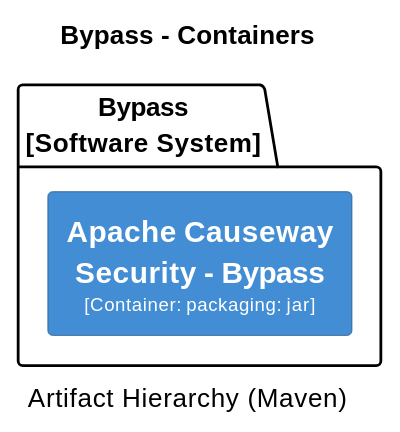
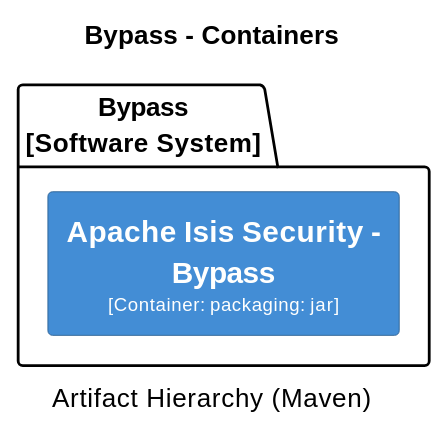
Before and after one commit to Supermajestcd/XMP--toolkits: diagram 11 of 32 in core/adoc/modules/_overview/pages/about.adoc, drawn with PlantUML. The commit also changed other lines of this file and 13571 other files, not shown here.

```diff
--- a/core/adoc/modules/_overview/pages/about.adoc
+++ b/core/adoc/modules/_overview/pages/about.adoc
@@ -2231,25 +2419,25 @@
 [plantuml,Bypass,svg]
 ----
 @startuml(id=Bypass)
 title Bypass - Containers
 caption Artifact Hierarchy (Maven)
 
 skinparam {
   shadowing false
   arrowFontSize 10
   defaultTextAlignment center
   wrapWidth 200
   maxMessageSize 100
 }
 hide stereotype
 left to right direction
 skinparam rectangle<<2>> {
   BackgroundColor #438dd5
   FontColor #fffffe
   BorderColor #2E6295
 }
 package "Bypass\n[Software System]" {
-  rectangle "==Apache Causeway Security - Bypass\n<size:10>[Container: packaging: jar]</size>" <<2>> as 2
+  rectangle "==Apache Isis Security - Bypass\n<size:10>[Container: packaging: jar]</size>" <<2>> as 2
 }
 @enduml
 ----
```
